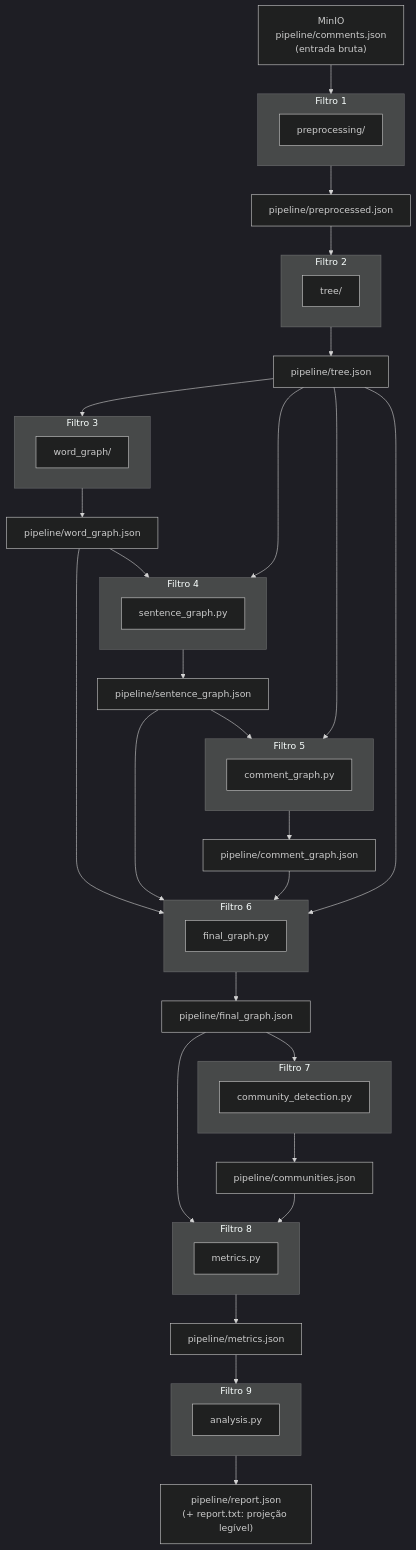
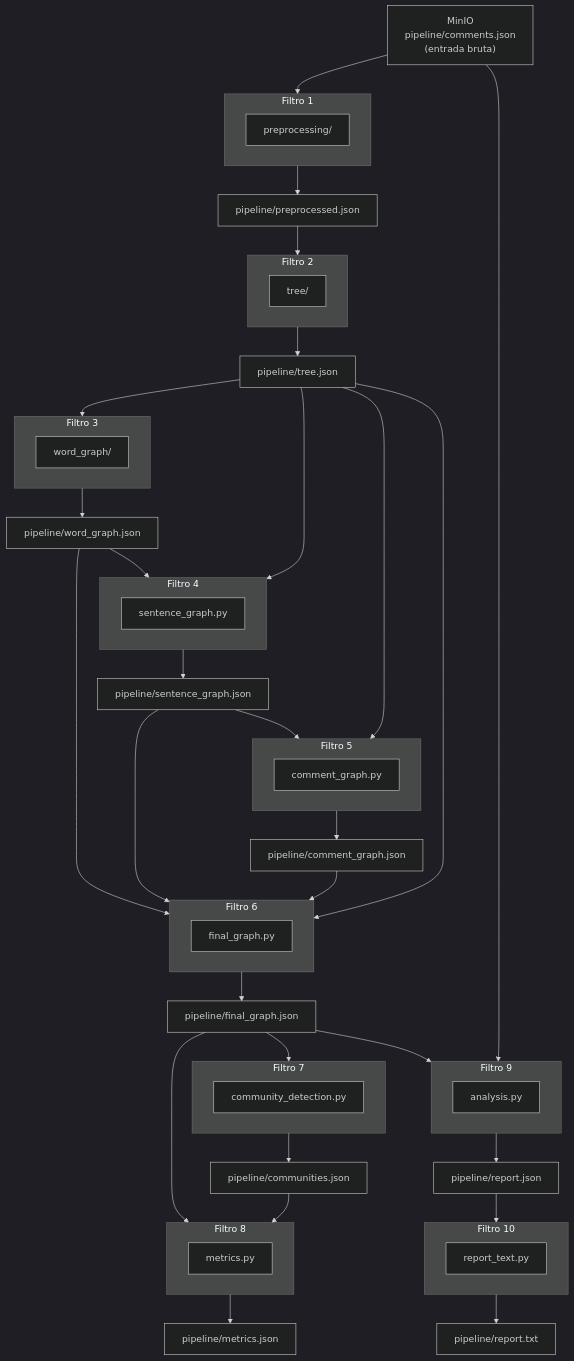
One commit to RufinoVfR/GameReviewGraph changed the diagram in docs/arquitetura.md. Above: the diagram before and after it, drawn with Mermaid (dark theme). The commit also changed other lines of this file and 20 other files, not shown here.

First line of the commit message:
[US14] Final report backend: 5-method comparison + report.json/txt

````diff
--- a/docs/arquitetura.md
+++ b/docs/arquitetura.md
@@ -11,57 +11,63 @@
 ```mermaid
 flowchart TD
     RAW["MinIO\npipeline/comments.json\n(entrada bruta)"]
 
     subgraph F1["Filtro 1"]
         PP["preprocessing/"]
     end
     subgraph F2["Filtro 2"]
         TR["tree/"]
     end
     subgraph F3["Filtro 3"]
         WG["word_graph/"]
     end
     subgraph F4["Filtro 4"]
         SG["sentence_graph.py"]
     end
     subgraph F5["Filtro 5"]
         CG["comment_graph.py"]
     end
     subgraph F6["Filtro 6"]
         FG["final_graph.py"]
     end
     subgraph F7["Filtro 7"]
         CD["community_detection.py"]
     end
     subgraph F8["Filtro 8"]
         MT["metrics.py"]
     end
     subgraph F9["Filtro 9"]
         AN["analysis.py"]
     end
+    subgraph F10["Filtro 10"]
+        RT["report_text.py"]
+    end
 
     PRE["pipeline/preprocessed.json"]
     TREE["pipeline/tree.json"]
     WGJ["pipeline/word_graph.json"]
     SGJ["pipeline/sentence_graph.json"]
     CGJ["pipeline/comment_graph.json"]
     FGJ["pipeline/final_graph.json"]
     COM["pipeline/communities.json"]
     MET["pipeline/metrics.json"]
-    REP["pipeline/report.json\n(+ report.txt: projeção legível)"]
+    REP["pipeline/report.json"]
+    RPT["pipeline/report.txt"]
 
     RAW --> F1 --> PRE --> F2 --> TREE
     TREE --> F3 --> WGJ
     WGJ --> F4
     TREE --> F4 --> SGJ
     SGJ --> F5
     TREE --> F5 --> CGJ
     WGJ --> F6
     SGJ --> F6
     CGJ --> F6
     TREE --> F6 --> FGJ
     FGJ --> F7 --> COM
     FGJ --> F8
     COM --> F8 --> MET
-    MET --> F9 --> REP
+    FGJ --> F9
+    RAW --> F9 --> REP
+    REP --> F10 --> RPT
 ```
````
